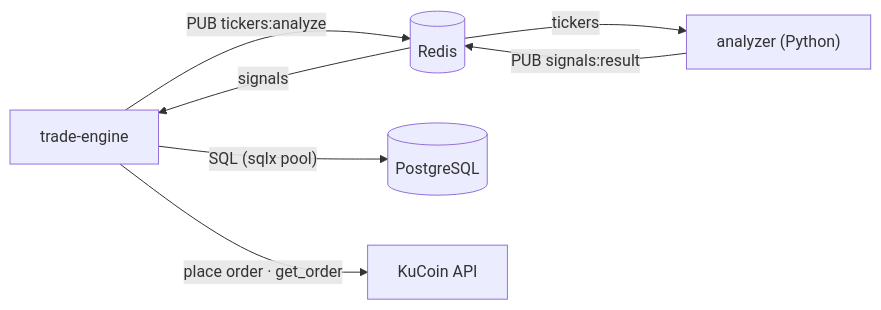
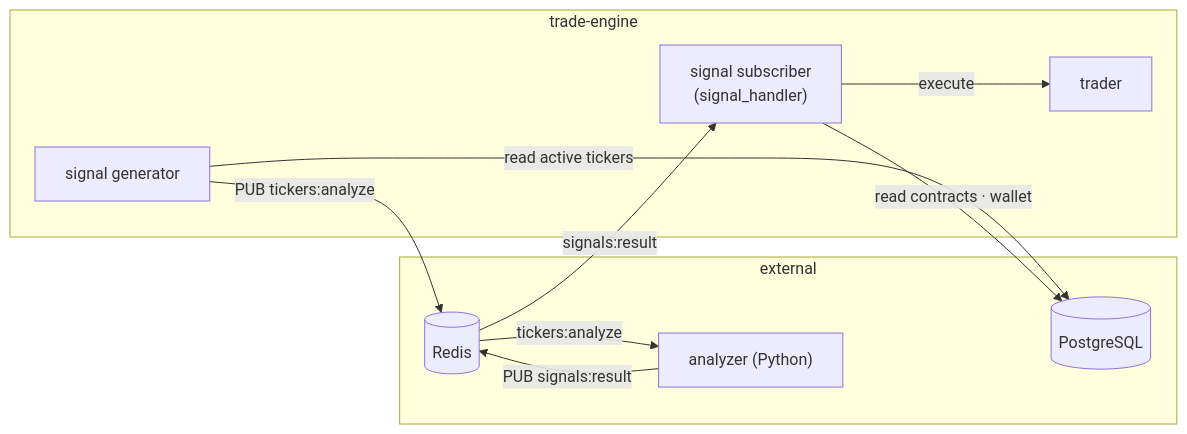
One commit to N-Choo/CoinBot.v3 changed the first of 7 diagrams in process/trade-engine/README.md. Above: the diagram before and after it, drawn with Mermaid. The commit also changed other lines of this file and 11 other files, not shown here.

First line of the commit message:
refactor(trade-engine): route order and fund writes through ledger

````diff
--- a/process/trade-engine/README.md
+++ b/process/trade-engine/README.md
@@ -18,9 +44,21 @@
 ```mermaid
 flowchart LR
-    TE["trade-engine"] -->|"PUB tickers:analyze"| RD[("Redis")]
-    RD -->|"tickers"| AN["analyzer (Python)"]
+    subgraph TE["trade-engine"]
+        SG["signal generator"]
+        SH["signal subscriber<br/>(signal_handler)"]
+        TR["trader"]
+    end
+    subgraph EXT["external"]
+        RD[("Redis")]
+        AN["analyzer (Python)"]
+        PG[("PostgreSQL")]
+    end
+
+    SG -->|"PUB tickers:analyze"| RD
+    SG -->|"read active tickers"| PG
+    RD -->|"tickers:analyze"| AN
     AN -->|"PUB signals:result"| RD
-    RD -->|"signals"| TE
-    TE -->|"SQL (sqlx pool)"| PG[("PostgreSQL")]
-    TE -->|"place order · get_order"| KC["KuCoin API"]
+    RD -->|"signals:result"| SH
+    SH -->|"read contracts · wallet"| PG
+    SH -->|"execute"| TR
 ```
````
